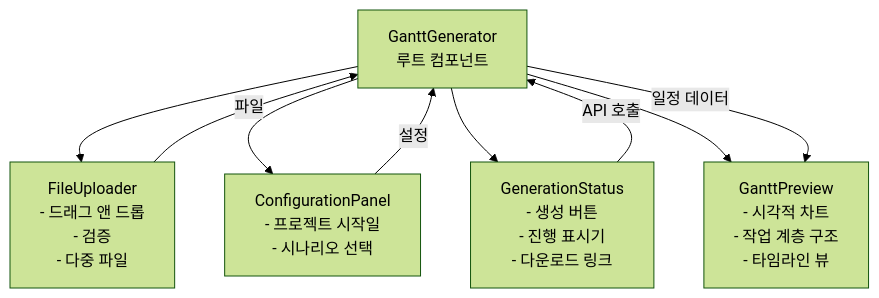
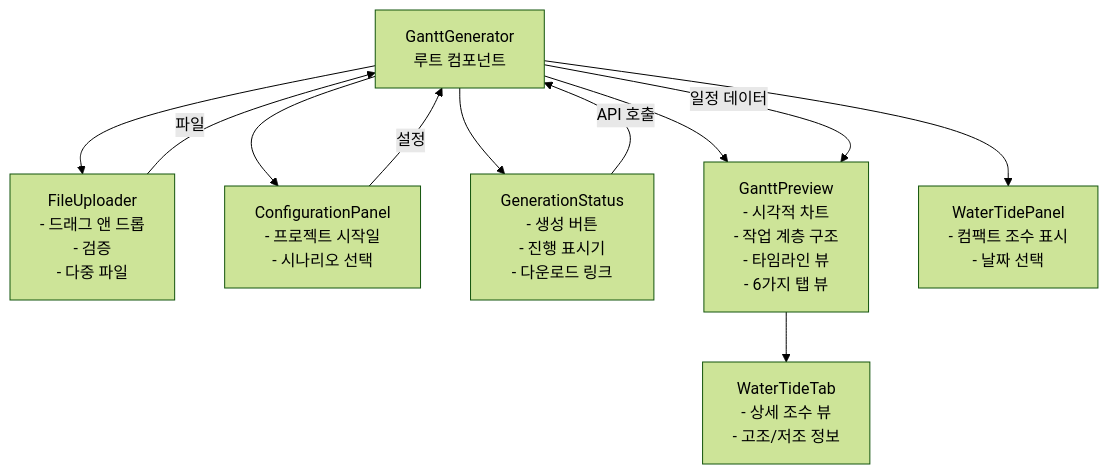
The second of 16 diagrams in SYSTEM_ARCHITECTURE_KO.md (macho715/agi-tr-gantt), drawn with Mermaid (forest theme) before and after one commit. The commit also changed other lines of this file and 22 other files, not shown here.

First line of the commit message:
docs: Water Tide 기능 추가 내용을 모든 문서에 반영

````diff
--- a/SYSTEM_ARCHITECTURE_KO.md
+++ b/SYSTEM_ARCHITECTURE_KO.md
@@ -78,14 +78,16 @@
 ```mermaid
 graph TD
     Root[GanttGenerator<br/>루트 컴포넌트]
 
     Root --> FileUpload[FileUploader<br/>- 드래그 앤 드롭<br/>- 검증<br/>- 다중 파일]
     Root --> ConfigPanel[ConfigurationPanel<br/>- 프로젝트 시작일<br/>- 시나리오 선택]
     Root --> GenStatus[GenerationStatus<br/>- 생성 버튼<br/>- 진행 표시기<br/>- 다운로드 링크]
-    Root --> Preview[GanttPreview<br/>- 시각적 차트<br/>- 작업 계층 구조<br/>- 타임라인 뷰]
+    Root --> Preview[GanttPreview<br/>- 시각적 차트<br/>- 작업 계층 구조<br/>- 타임라인 뷰<br/>- 6가지 탭 뷰]
+    Root --> WaterTidePanel[WaterTidePanel<br/>- 컴팩트 조수 표시<br/>- 날짜 선택]
 
     FileUpload --> |파일| Root
     ConfigPanel --> |설정| Root
     GenStatus --> |API 호출| Root
     Root --> |일정 데이터| Preview
+    Preview --> WaterTideTab[WaterTideTab<br/>- 상세 조수 뷰<br/>- 고조/저조 정보]
 ```
````
